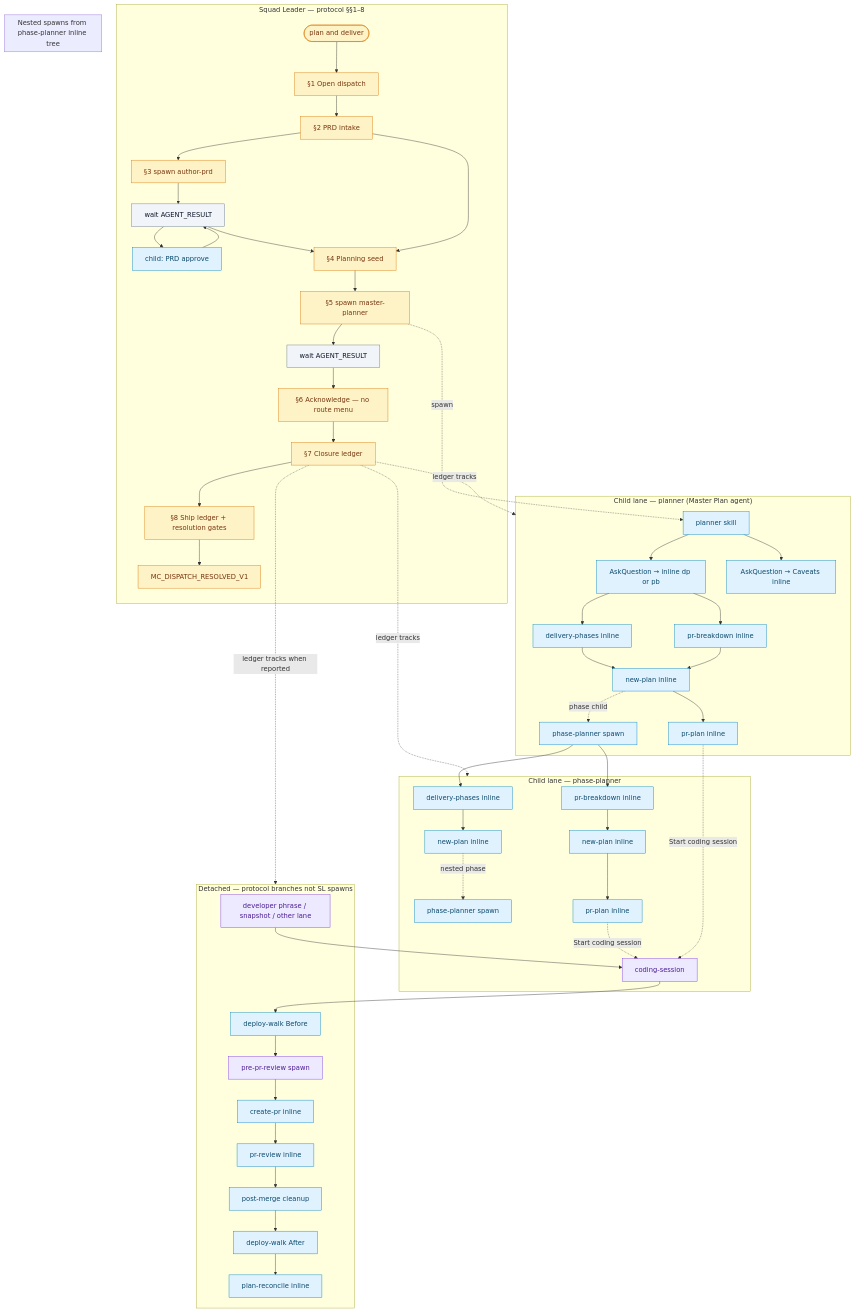
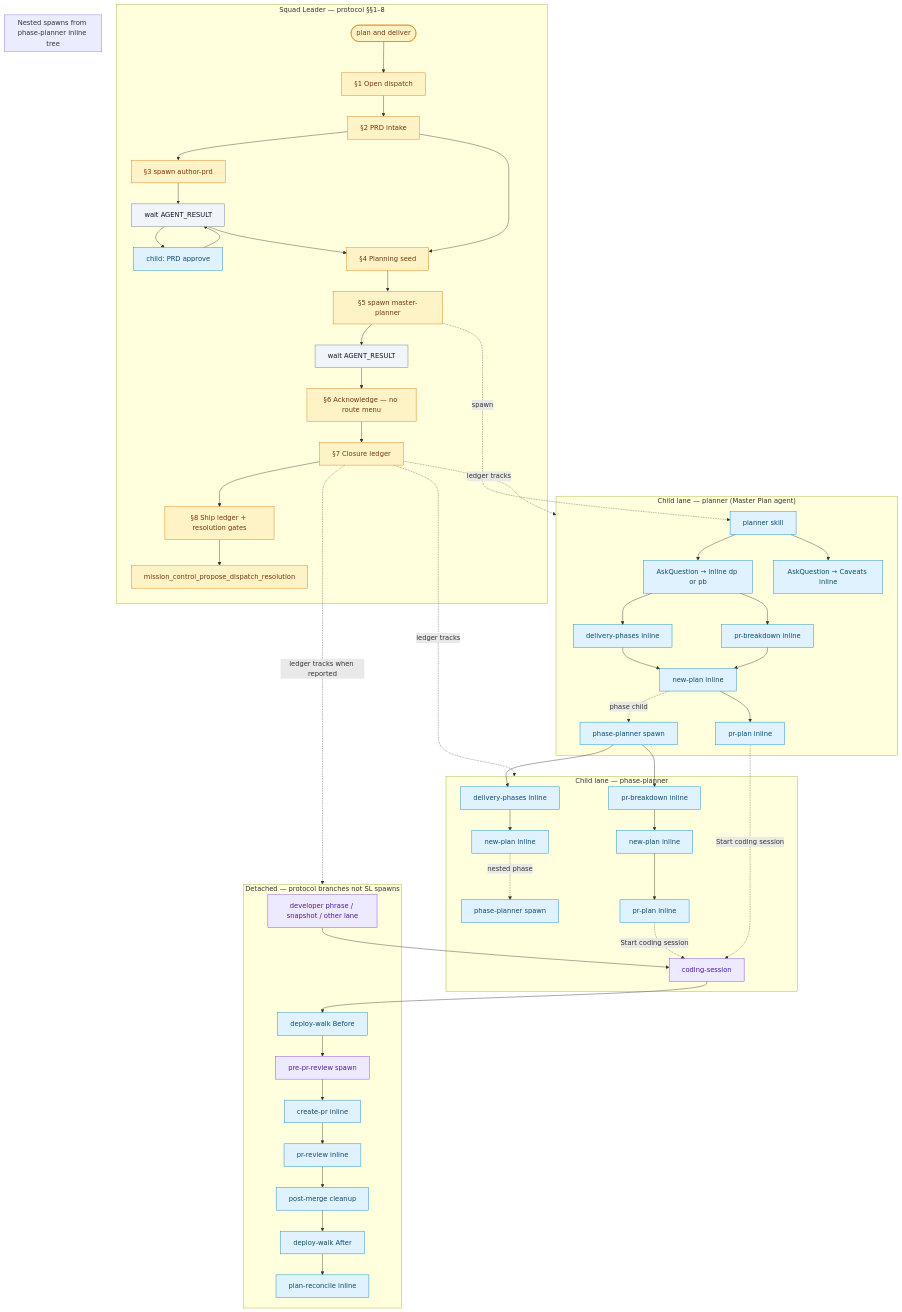
The third of 5 diagrams in missions/plan-and-deliver/plan.mdc (sedea-centers/research-and-development), drawn with Mermaid before and after one commit. The commit also changed other lines of this file and 20 other files, not shown here.

First line of the commit message:
Migrate dispatch-resolution governance from legacy sentinel to MCP tool.

````diff
--- a/missions/plan-and-deliver/plan.mdc
+++ b/missions/plan-and-deliver/plan.mdc
@@ -114,81 +114,81 @@
 ```mermaid
 flowchart TB
   classDef leader fill:#fef3c7,stroke:#d97706,color:#78350f
   classDef child fill:#e0f2fe,stroke:#0284c7,color:#0c4a6e
   classDef wait fill:#f1f5f9,stroke:#64748b,color:#0f172a
   classDef detached fill:#ede9fe,stroke:#7c3aed,color:#4c1d95
 
   subgraph sl["Squad Leader — protocol §§1–8"]
     CMD(["plan and deliver"]):::leader
     CMD --> S1["§1 Open dispatch"]:::leader
     S1 --> S2["§2 PRD intake"]:::leader
     S2 --> S3["§3 spawn author-prd"]:::leader
     S3 --> S3W["wait AGENT_RESULT"]:::wait
     S3W --> S3A["child: PRD approve"]:::child
     S3A --> S3W
     S3W --> S4["§4 Planning seed"]:::leader
     S2 --> S4
     S4 --> S5["§5 spawn master-planner"]:::leader
     S5 --> S5W["wait AGENT_RESULT"]:::wait
     S5W --> S6["§6 Acknowledge — no route menu"]:::leader
     S6 --> S7["§7 Closure ledger"]:::leader
     S7 --> S8["§8 Ship ledger + resolution gates"]:::leader
-    S8 --> RES["MC_DISPATCH_RESOLVED_V1"]:::leader
+    S8 --> RES["mission_control_propose_dispatch_resolution"]:::leader
   end
 
   subgraph mpLane["Child lane — planner (Master Plan agent)"]
     MP["planner skill"]:::child
     MP --> M6["AskQuestion → inline dp or pb"]:::child
     MP --> M7["AskQuestion → Caveats inline"]:::child
     DP["delivery-phases inline"]:::child
     PB["pr-breakdown inline"]:::child
     NP["new-plan inline"]:::child
     M6 --> DP
     M6 --> PB
     DP --> NP
     PB --> NP
     NP --> PP["pr-plan inline"]:::child
     NP -.->|phase child| POP["phase-planner spawn"]:::child
   end
 
   S5 -.->|spawn| MP
 
   subgraph ppLane["Child lane — phase-planner"]
     POP --> DP2["delivery-phases inline"]:::child
     POP --> PB2["pr-breakdown inline"]:::child
     DP2 --> NP2["new-plan inline"]:::child
     PB2 --> NP3["new-plan inline"]:::child
     NP2 -.->|nested phase| POP2["phase-planner spawn"]:::child
     NP3 --> PR2["pr-plan inline"]:::child
     PR2 -.->|Start coding session| CS
   end
 
   subgraph planTree["Nested spawns from phase-planner inline tree"]
     POP2
   end
 
   subgraph impl["Detached — protocol branches not SL spawns"]
     NOTE["developer phrase / snapshot / other lane"]:::detached
     CS["coding-session"]:::detached
     PPR["pre-pr-review spawn"]:::detached
     BDW["deploy-walk Before"]:::child
     CPR["create-pr inline"]:::child
     PRV["pr-review inline"]:::child
     PMC["post-merge cleanup"]:::child
     ADW["deploy-walk After"]:::child
     REC["plan-reconcile inline"]:::child
     NOTE --> CS
     PP -.->|Start coding session| CS
     CS --> BDW
     BDW --> PPR
     PPR --> CPR
     CPR --> PRV
     PRV --> PMC
     PMC --> ADW
     ADW --> REC
   end
 
   S7 -.->|ledger tracks| mpLane
   S7 -.->|ledger tracks| ppLane
   S7 -.->|ledger tracks when reported| impl
 ```
````
